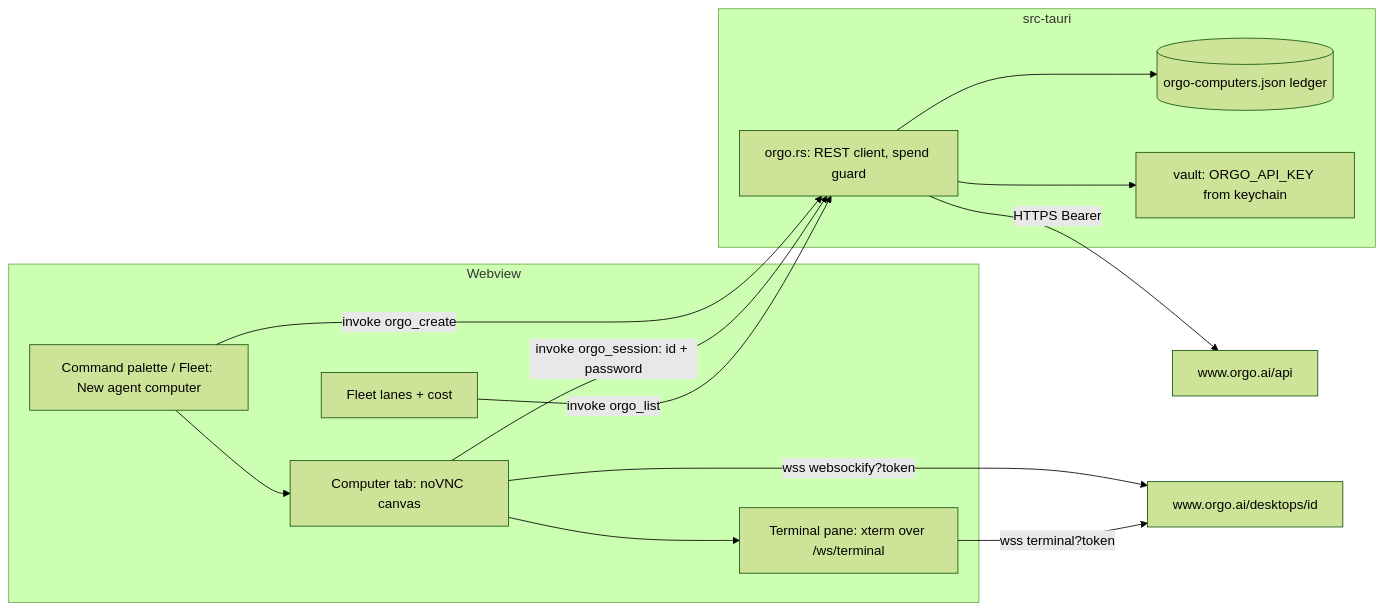
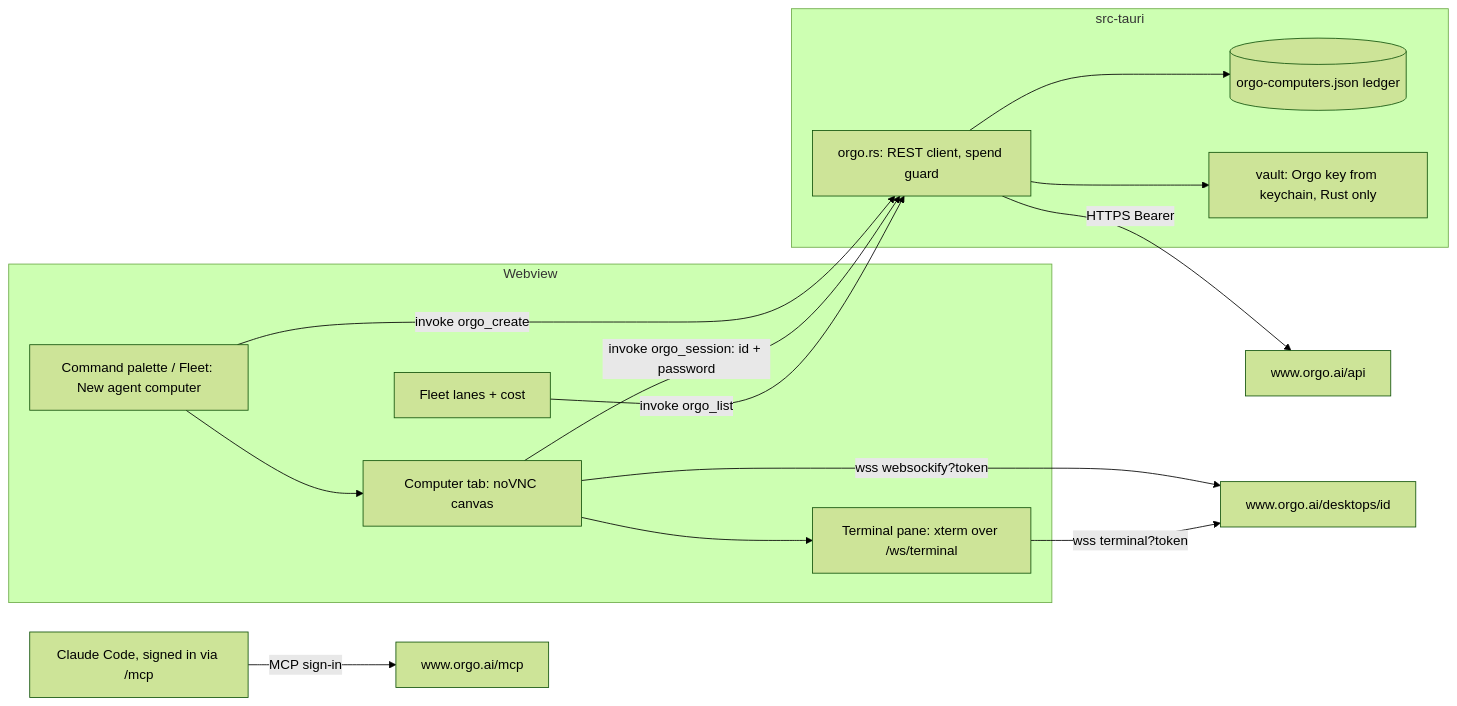
The first of 3 diagrams in _bmad-output/plan-orgo-agent-computers.md (alvin-reyes/better-agentic-ide), drawn with Mermaid (forest theme) before and after one commit. The commit also changed other lines of this file, not shown here.

Commit message:
Plan: Orgo via its hosted MCP server, with always-ask rules (review round 1)

````diff
--- a/_bmad-output/plan-orgo-agent-computers.md
+++ b/_bmad-output/plan-orgo-agent-computers.md
@@ -223,18 +318,19 @@
 ```mermaid
 flowchart LR
   subgraph Webview
     CP[Command palette / Fleet: New agent computer] --> CT[Computer tab: noVNC canvas]
     CT --> TT[Terminal pane: xterm over /ws/terminal]
     FL[Fleet lanes + cost]
   end
   subgraph Rust [src-tauri]
     OR[orgo.rs: REST client, spend guard] --> LG[(orgo-computers.json ledger)]
-    OR --> KC[vault: ORGO_API_KEY from keychain]
+    OR --> KC[vault: Orgo key from keychain, Rust only]
   end
   CP -- invoke orgo_create --> OR
   CT -- invoke orgo_session: id + password --> OR
   OR -- HTTPS Bearer --> API[www.orgo.ai/api]
   CT -- wss websockify?token --> DESK[www.orgo.ai/desktops/id]
   TT -- wss terminal?token --> DESK
   FL -- invoke orgo_list --> OR
+  CC[Claude Code, signed in via /mcp] -- MCP sign-in --> MCP[www.orgo.ai/mcp]
 ```
````
